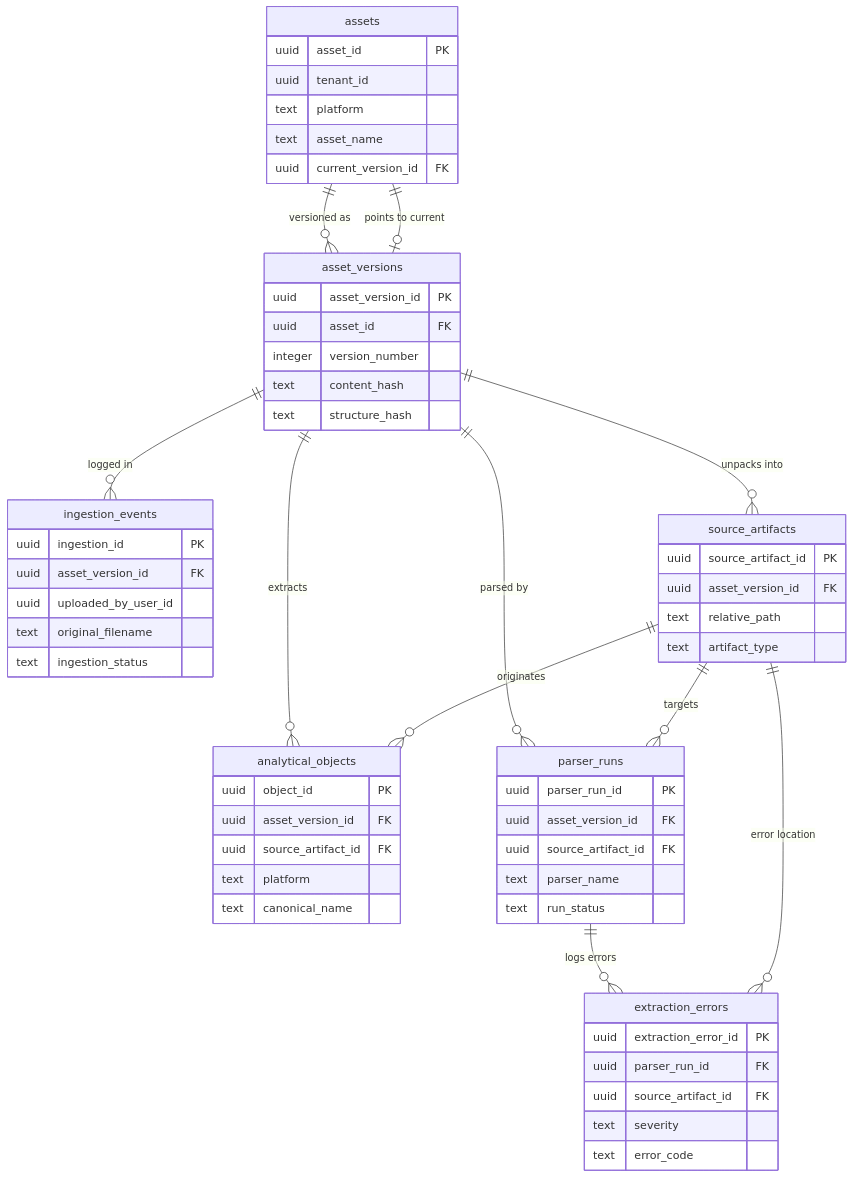
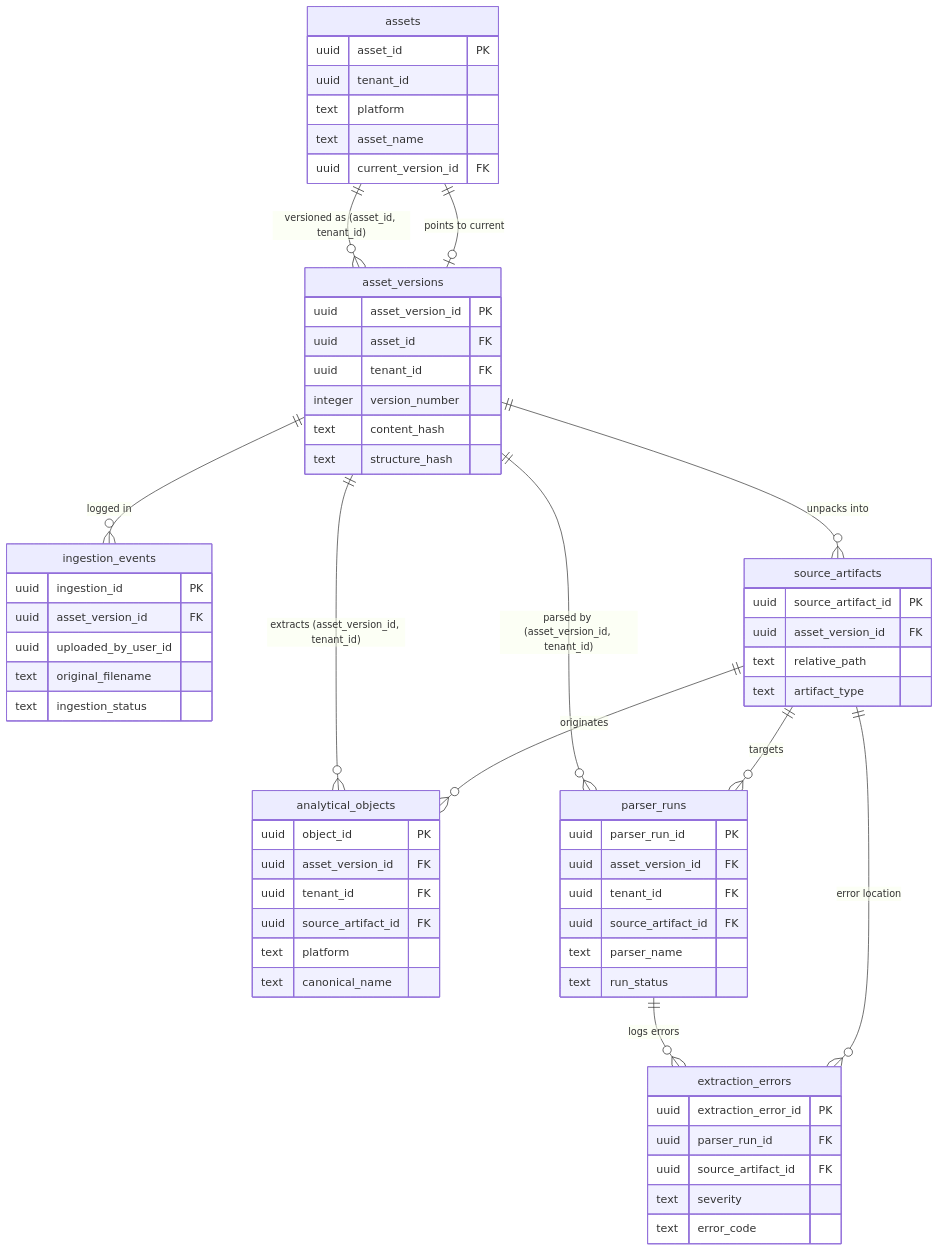
Before and after one commit to suryanandanbabbar/KPI-Intelligence: the second of 9 diagrams in docs/kpi-intelligence-canonical-model/er_diagram.md, drawn with Mermaid. The commit also changed other lines of this file and 14 other files, not shown here.

````diff
--- a/docs/kpi-intelligence-canonical-model/er_diagram.md
+++ b/docs/kpi-intelligence-canonical-model/er_diagram.md
@@ -32,62 +32,65 @@
 ```mermaid
 erDiagram
     assets {
         uuid asset_id PK
         uuid tenant_id
         text platform
         text asset_name
         uuid current_version_id FK
     }
     asset_versions {
         uuid asset_version_id PK
         uuid asset_id FK
+        uuid tenant_id FK
         integer version_number
         text content_hash
         text structure_hash
     }
     ingestion_events {
         uuid ingestion_id PK
         uuid asset_version_id FK
         uuid uploaded_by_user_id
         text original_filename
         text ingestion_status
     }
     source_artifacts {
         uuid source_artifact_id PK
         uuid asset_version_id FK
         text relative_path
         text artifact_type
     }
     analytical_objects {
         uuid object_id PK
         uuid asset_version_id FK
+        uuid tenant_id FK
         uuid source_artifact_id FK
         text platform
         text canonical_name
     }
     parser_runs {
         uuid parser_run_id PK
         uuid asset_version_id FK
+        uuid tenant_id FK
         uuid source_artifact_id FK
         text parser_name
         text run_status
     }
     extraction_errors {
         uuid extraction_error_id PK
         uuid parser_run_id FK
         uuid source_artifact_id FK
         text severity
         text error_code
     }
 
-    assets ||--o{ asset_versions : "versioned as"
+    assets ||--o{ asset_versions : "versioned as (asset_id, tenant_id)"
     assets ||--o| asset_versions : "points to current"
     asset_versions ||--o{ ingestion_events : "logged in"
     asset_versions ||--o{ source_artifacts : "unpacks into"
-    asset_versions ||--o{ analytical_objects : "extracts"
+    asset_versions ||--o{ analytical_objects : "extracts (asset_version_id, tenant_id)"
     source_artifacts ||--o{ analytical_objects : "originates"
-    asset_versions ||--o{ parser_runs : "parsed by"
+    asset_versions ||--o{ parser_runs : "parsed by (asset_version_id, tenant_id)"
     source_artifacts ||--o{ parser_runs : "targets"
     parser_runs ||--o{ extraction_errors : "logs errors"
     source_artifacts ||--o{ extraction_errors : "error location"
 ```
````
